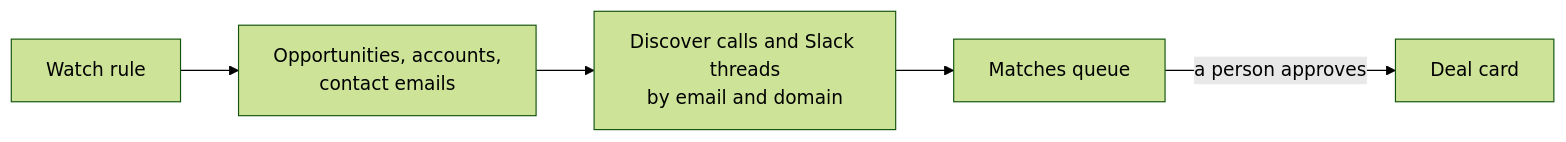
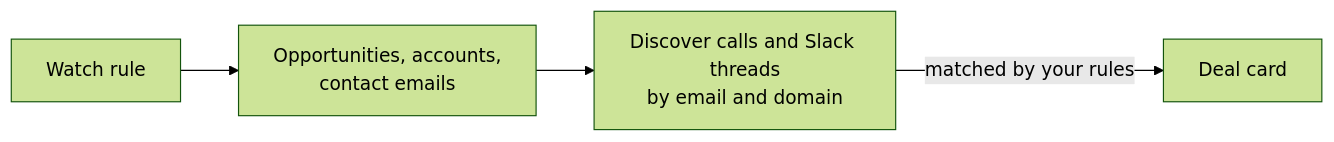
The diagram in docs/config.md (pwngh/gtm-connector), drawn with Mermaid (forest theme) before and after one commit. The commit also changed other lines of this file and 4 other files, not shown here.

````diff
--- a/docs/config.md
+++ b/docs/config.md
@@ -23,7 +23,6 @@
 ```mermaid
 flowchart LR
     W["Watch rule"] --> P["Opportunities, accounts,<br/>contact emails"]
     P --> D["Discover calls and Slack threads<br/>by email and domain"]
-    D --> Q["Matches queue"]
-    Q -->|"a person approves"| C["Deal card"]
+    D -->|"matched by your rules"| C["Deal card"]
 ```
````
